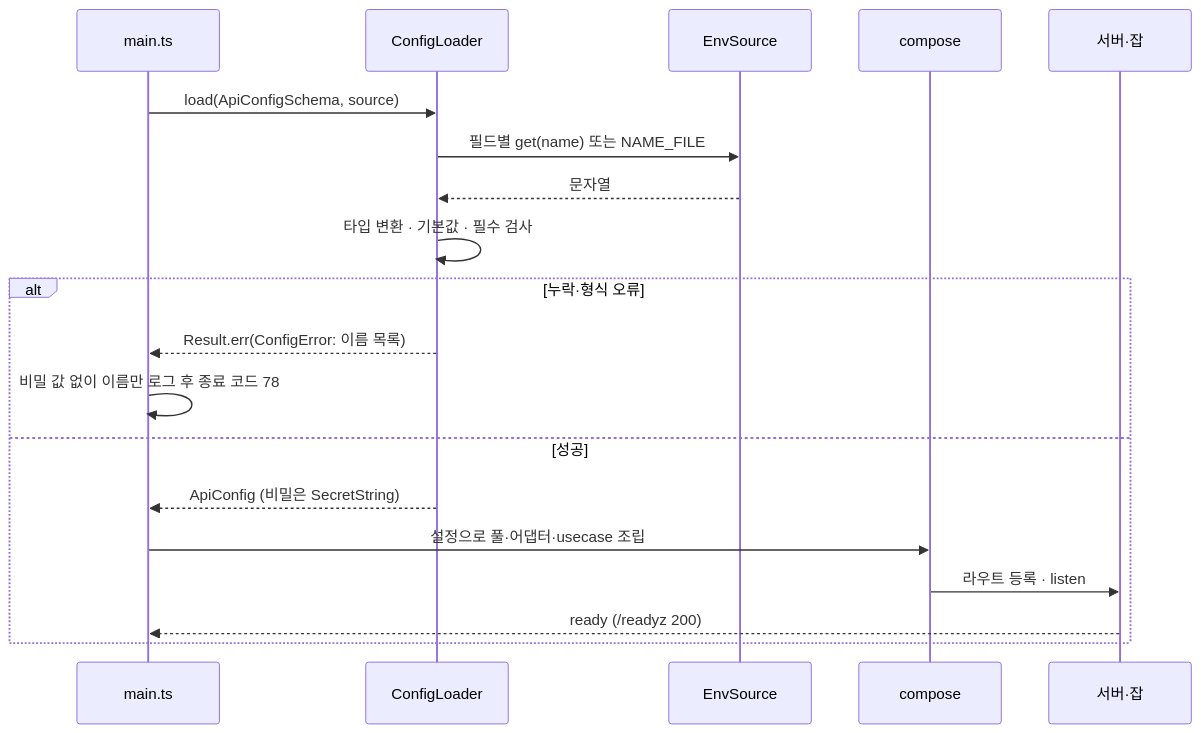
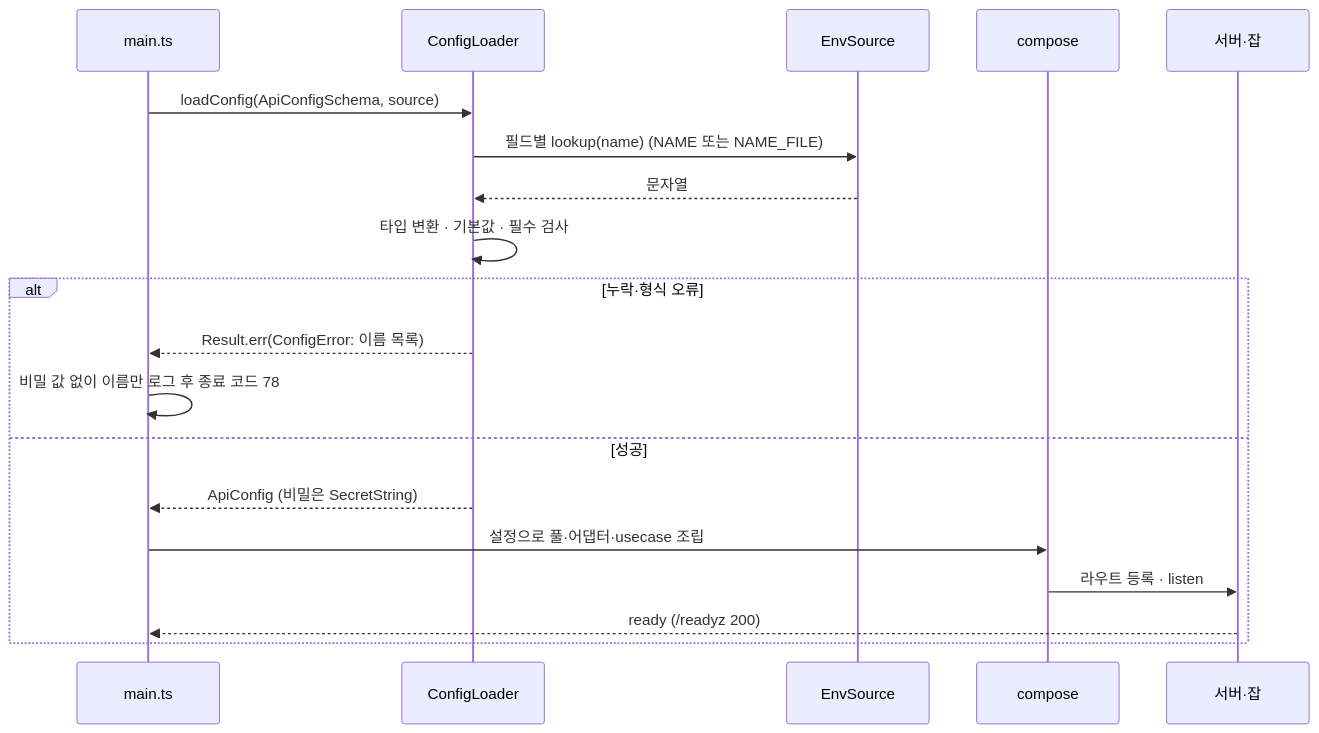
Before and after one commit to 1985jwlee/portpolio_backend: the fourth of 5 diagrams in docs/design/01-repository-structure.md, drawn with Mermaid. The commit also changed other lines of this file and 29 other files, not shown here.

````diff
--- a/docs/design/01-repository-structure.md
+++ b/docs/design/01-repository-structure.md
@@ -332,21 +337,21 @@
 ```mermaid
 sequenceDiagram
     participant M as main.ts
     participant L as ConfigLoader
     participant S as EnvSource
     participant C as compose
     participant R as 서버·잡
-    M->>L: load(ApiConfigSchema, source)
-    L->>S: 필드별 get(name) 또는 NAME_FILE
+    M->>L: loadConfig(ApiConfigSchema, source)
+    L->>S: 필드별 lookup(name) (NAME 또는 NAME_FILE)
     S-->>L: 문자열
     L->>L: 타입 변환 · 기본값 · 필수 검사
     alt 누락·형식 오류
         L-->>M: Result.err(ConfigError: 이름 목록)
         M->>M: 비밀 값 없이 이름만 로그 후 종료 코드 78
     else 성공
         L-->>M: ApiConfig (비밀은 SecretString)
         M->>C: 설정으로 풀·어댑터·usecase 조립
         C->>R: 라우트 등록 · listen
         R-->>M: ready (/readyz 200)
     end
 ```
````
